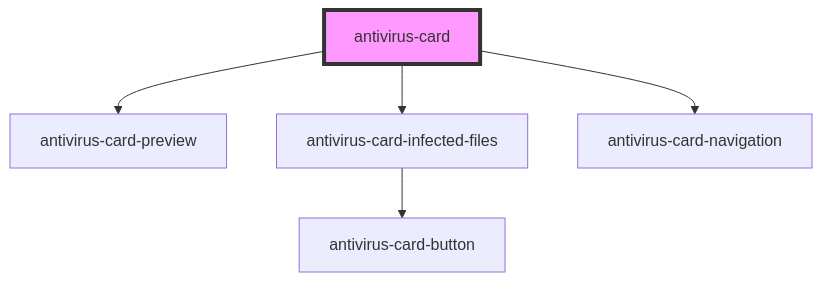
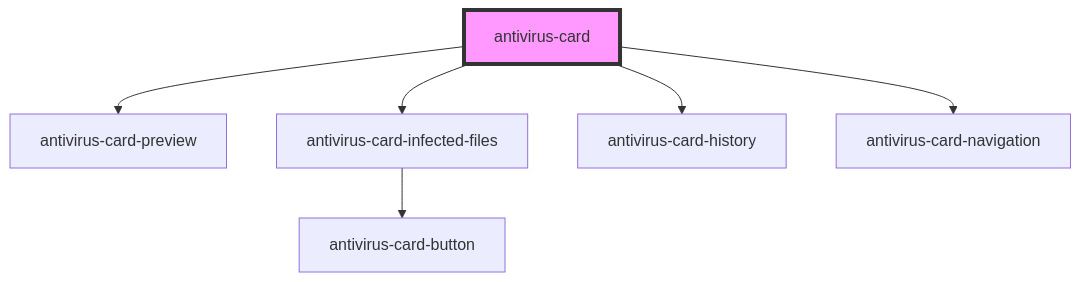
Before and after one commit to ispsystem/plugin-imunify: the diagram in packages/antivirus-card/src/components/readme.md, drawn with Mermaid. The commit also changed other lines of this file and 4 other files, not shown here.

Commit message:
feat(antivirus-card): create card title

````diff
--- a/packages/antivirus-card/src/components/readme.md
+++ b/packages/antivirus-card/src/components/readme.md
@@ -17,8 +18,9 @@
 ```mermaid
 graph TD;
   antivirus-card --> antivirus-card-preview
   antivirus-card --> antivirus-card-infected-files
+  antivirus-card --> antivirus-card-history
   antivirus-card --> antivirus-card-navigation
   antivirus-card-infected-files --> antivirus-card-button
   style antivirus-card fill:#f9f,stroke:#333,stroke-width:4px
 ```
````
